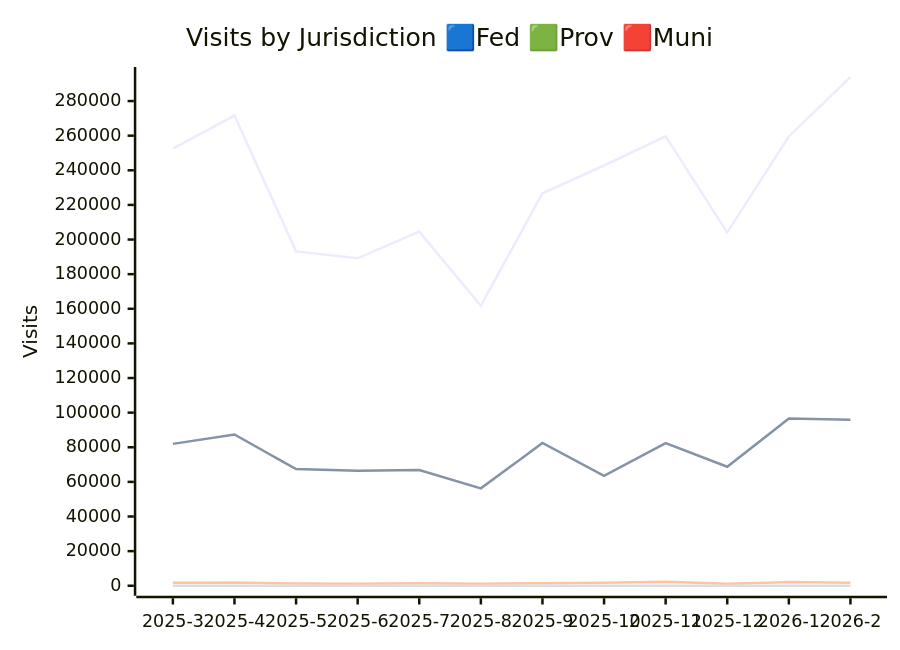
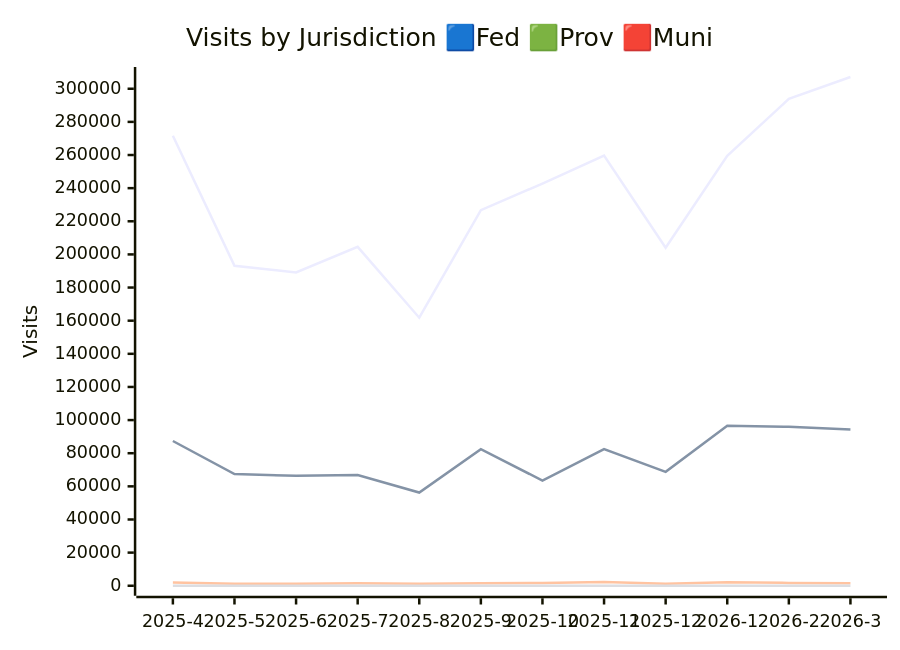
The second of 3 diagrams in JURISDICTION_ANALYTICS_REPORT/readme.md (open-data/analytics-corporate-reporting), drawn with Mermaid before and after one commit. The commit also changed other lines of this file and 3 other files, not shown here.

````diff
--- a/JURISDICTION_ANALYTICS_REPORT/readme.md
+++ b/JURISDICTION_ANALYTICS_REPORT/readme.md
@@ -27,11 +27,11 @@
 ```mermaid
 
 xychart-beta
     title "Visits by Jurisdiction 🟦Fed 🟩Prov 🟥Muni"
-    x-axis [2025-3, 2025-4, 2025-5, 2025-6, 2025-7, 2025-8, 2025-9, 2025-10, 2025-11, 2025-12, 2026-1, 2026-2]
-    y-axis "Visits" 0 --> 293895
-    line [252485, 271601, 193154, 189148, 204562, 161789, 226742, 242773, 259662, 204033, 259543, 293885]
-    line [81957, 87360, 67403, 66380, 66882, 56270, 82454, 63469, 82428, 68761, 96556, 95959]
-    line [1796, 1939, 1268, 1160, 1451, 1187, 1472, 1717, 2282, 1200, 2113, 1718]
-    line [0, 0, 0, 0, 0, 0, 0, 13, 7, 27, 17, 19]
+    x-axis [2025-4, 2025-5, 2025-6, 2025-7, 2025-8, 2025-9, 2025-10, 2025-11, 2025-12, 2026-1, 2026-2, 2026-3]
+    y-axis "Visits" 0 --> 307090
+    line [271597, 193154, 189141, 204560, 161788, 226740, 242773, 259658, 204032, 259541, 293882, 307080]
+    line [87360, 67403, 66380, 66882, 56270, 82454, 63469, 82428, 68761, 96556, 95959, 94264]
+    line [1939, 1268, 1160, 1451, 1187, 1472, 1717, 2282, 1200, 2113, 1718, 1475]
+    line [0, 0, 0, 0, 0, 0, 13, 7, 27, 17, 19, 21]
 ```
````
